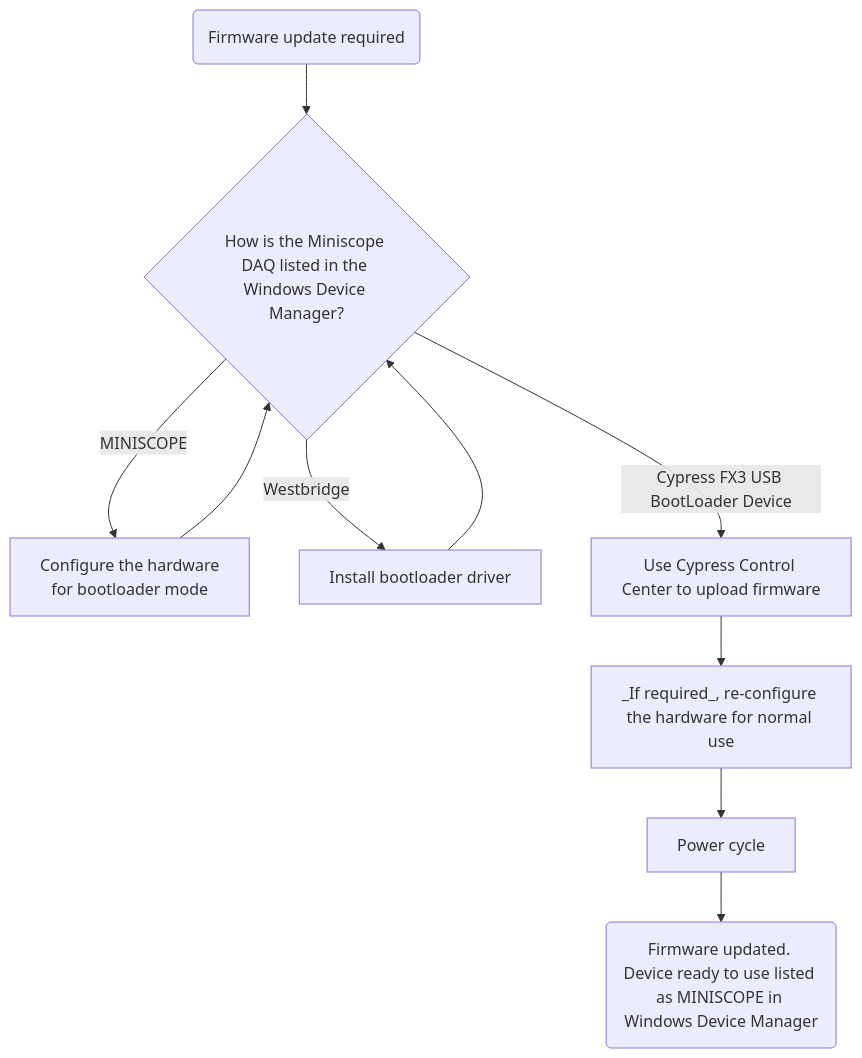
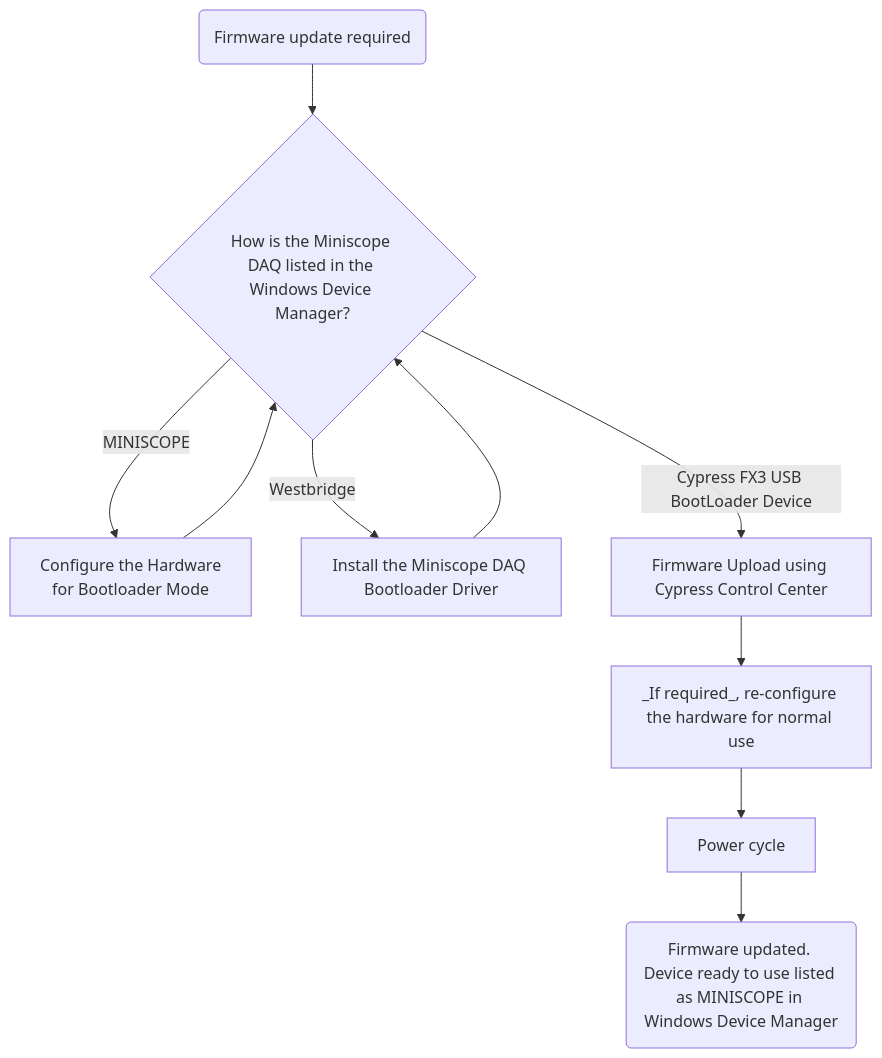
The diagram in source/Hardware-Guide/miniscope-daq/firmware-update.rst (open-ephys/miniscope-docs), drawn with Mermaid before and after one commit.

Commit message:
updated mermaid titles to match headings

```diff
--- a/source/Hardware-Guide/miniscope-daq/firmware-update.rst
+++ b/source/Hardware-Guide/miniscope-daq/firmware-update.rst
@@ -24,15 +24,15 @@
 .. mermaid::
 
    flowchart
                A("Firmware update required")
                A -->C
                C{"How is the Miniscope DAQ listed in the Windows Device Manager?"}
-               C -->|"MINISCOPE"| D["`Configure the hardware
-               for bootloader mode`"]
+               C -->|"MINISCOPE"| D["`Configure the Hardware
+               for Bootloader Mode`"]
                D --> C
-               C -->|"Westbridge"| E["Install bootloader driver"]
-               C -->|"Cypress FX3 USB BootLoader Device"| F["Use Cypress Control Center to upload firmware"]
+               C -->|"Westbridge"| E["Install the Miniscope DAQ Bootloader Driver"]
+               C -->|"Cypress FX3 USB BootLoader Device"| F["Firmware Upload using Cypress Control Center"]
                E --> C
                F --> H["_If required_, re-configure the hardware for normal use"]
                H --> I["Power cycle"]
                I --> J("Firmware updated. Device ready to use listed as MINISCOPE in Windows Device Manager")
```
